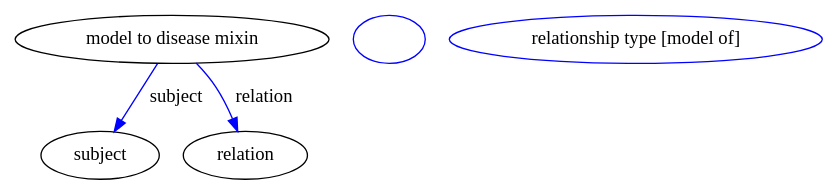
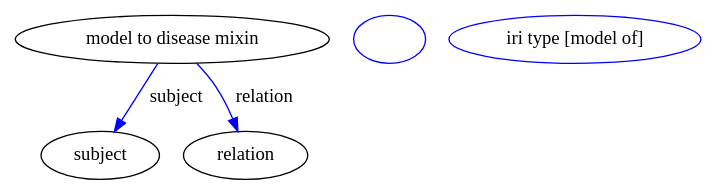
The diagram in graphviz/model_to_disease_mixin.gv (biolink/biolink-model), drawn with Graphviz before and after one commit. The commit also changed 550 other files, not shown here.

```diff
--- a/graphviz/model_to_disease_mixin.gv
+++ b/graphviz/model_to_disease_mixin.gv
@@ -1,34 +1,34 @@
 digraph {
-	graph [bb="0,0,491.97,122"];
+	graph [bb="0,0,424.08,122"];
 	node [label="\N"];
 	"model to disease mixin"	 [height=0.5,
 		label="model to disease mixin",
 		pos="91.896,104",
 		width=2.5527];
 	subject	 [height=0.5,
 		pos="46.896,18",
 		width=0.97656];
 	"model to disease mixin" -> subject	 [color=blue,
 		label=subject,
 		lp="92.724,61",
 		pos="e,56.118,35.624 82.353,85.762 76.124,73.859 67.887,58.116 60.92,44.801",
 		style=solid];
 	relation	 [height=0.5,
 		pos="136.9,18",
 		width=1.031];
 	"model to disease mixin" -> relation	 [color=blue,
 		label=relation,
 		lp="142.28,61",
 		pos="e,129.81,35.902 104.15,86.013 107.8,80.357 111.68,74.016 114.9,68 118.76,60.791 122.51,52.767 125.79,45.294",
 		style=solid];
 	"model to disease mixin subject"	 [color=blue,
 		height=0.5,
 		label="",
 		pos="228.9,104",
 		width=0.75];
 	"model to disease mixin relation"	 [color=blue,
 		height=0.5,
-		label="relationship type [model of]",
-		pos="382.9,104",
-		width=3.0299];
+		label="iri type [model of]",
+		pos="348.9,104",
+		width=2.0885];
 }
```
